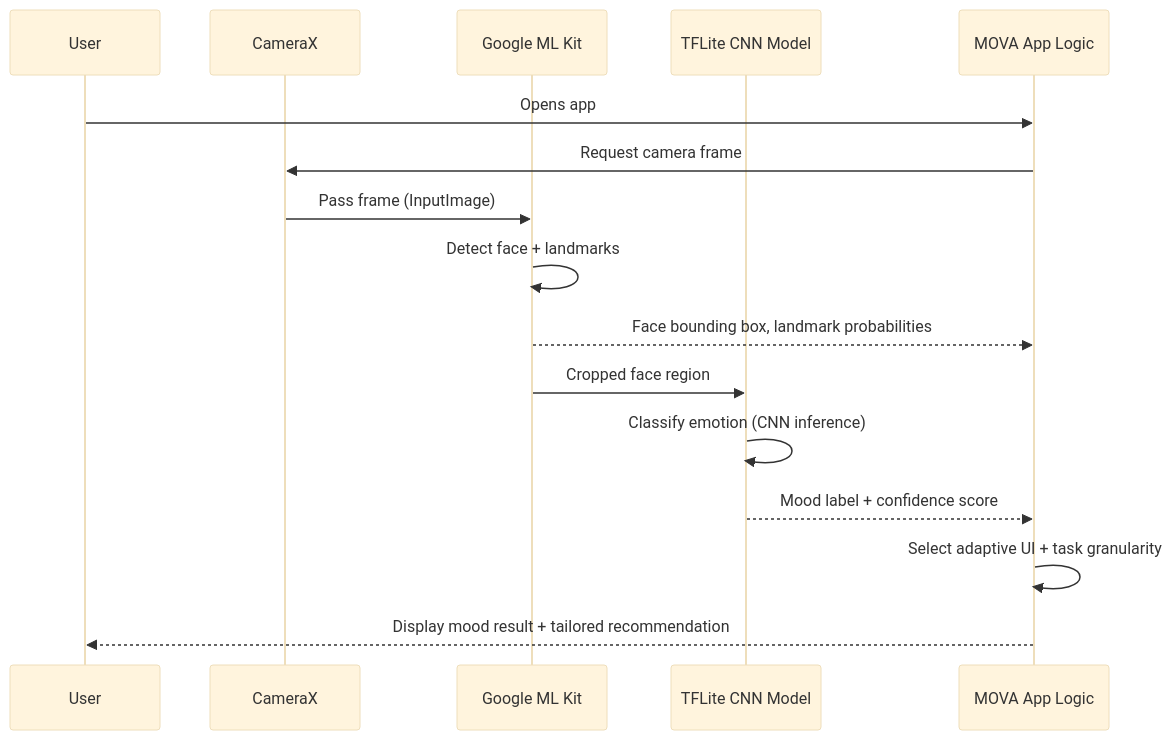
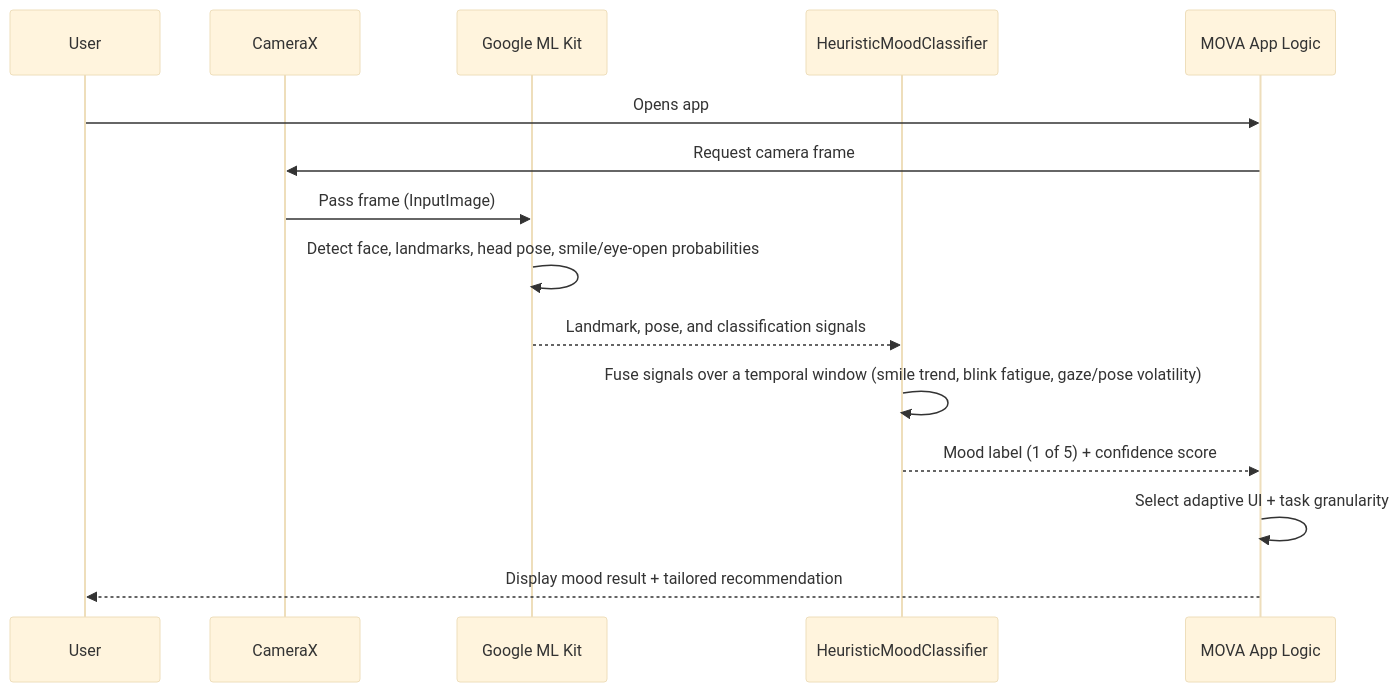
Before and after one commit to Xoeris/MOVA: the second of 3 diagrams in README.md, drawn with Mermaid (base theme). The commit also changed other lines of this file, not shown here.

````diff
--- a/README.md
+++ b/README.md
@@ -119,19 +145,18 @@
 ```mermaid
 sequenceDiagram
     participant U as User
     participant Cam as CameraX
     participant MLKit as Google ML Kit
-    participant CNN as TFLite CNN Model
+    participant Heur as HeuristicMoodClassifier
     participant App as MOVA App Logic
 
     U->>App: Opens app
     App->>Cam: Request camera frame
     Cam->>MLKit: Pass frame (InputImage)
-    MLKit->>MLKit: Detect face + landmarks
-    MLKit-->>App: Face bounding box, landmark probabilities
-    MLKit->>CNN: Cropped face region
-    CNN->>CNN: Classify emotion (CNN inference)
-    CNN-->>App: Mood label + confidence score
+    MLKit->>MLKit: Detect face, landmarks, head pose, smile/eye-open probabilities
+    MLKit-->>Heur: Landmark, pose, and classification signals
+    Heur->>Heur: Fuse signals over a temporal window (smile trend, blink fatigue, gaze/pose volatility)
+    Heur-->>App: Mood label (1 of 5) + confidence score
     App->>App: Select adaptive UI + task granularity
     App-->>U: Display mood result + tailored recommendation
 ```
````
